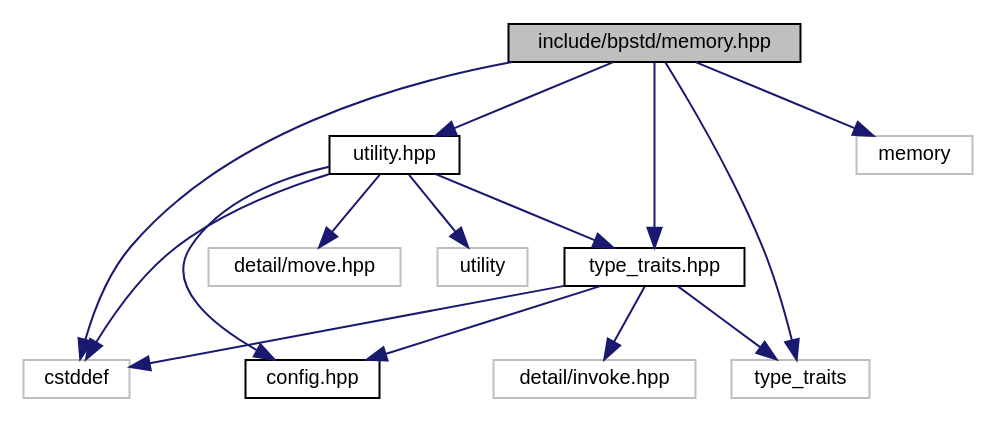
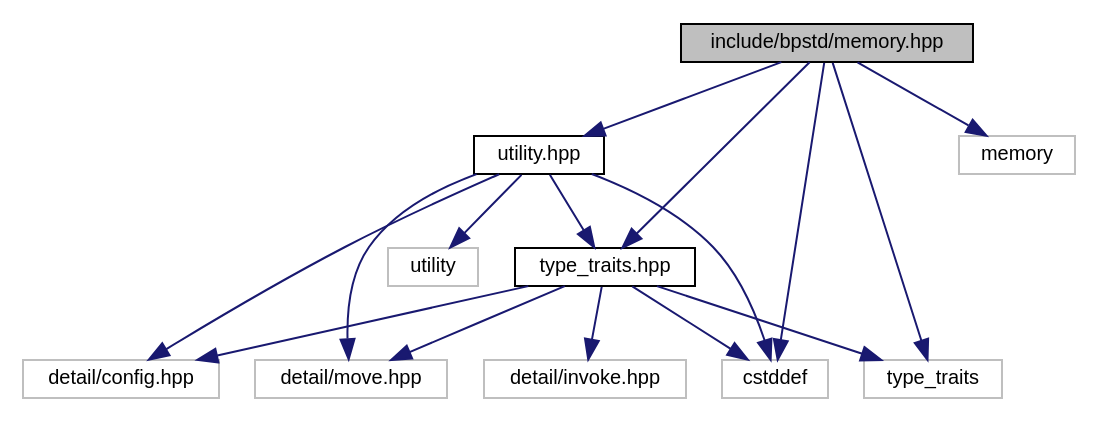
The diagram in api/latest/d1/d55/memory_8hpp__incl.dot (bitwizeshift/BackportCpp), drawn with Graphviz before and after one commit. The commit also changed 67 other files, not shown here.

```diff
--- a/api/latest/d1/d55/memory_8hpp__incl.dot
+++ b/api/latest/d1/d55/memory_8hpp__incl.dot
@@ -1,29 +1,30 @@
 digraph "include/bpstd/memory.hpp"
 {
   edge [fontname="Helvetica",fontsize="10",labelfontname="Helvetica",labelfontsize="10"];
   node [fontname="Helvetica",fontsize="10",shape=record];
   Node0 [label="include/bpstd/memory.hpp",height=0.2,width=0.4,color="black", fillcolor="grey75", style="filled", fontcolor="black"];
   Node0 -> Node1 [color="midnightblue",fontsize="10",style="solid",fontname="Helvetica"];
   Node1 [label="type_traits.hpp",height=0.2,width=0.4,color="black", fillcolor="white", style="filled",URL="$dc/d54/type__traits_8hpp.html",tooltip="This header provides definitions from the C++ header <type_traits> "];
   Node1 -> Node2 [color="midnightblue",fontsize="10",style="solid",fontname="Helvetica"];
-  Node2 [label="config.hpp",height=0.2,width=0.4,color="black", fillcolor="white", style="filled",URL="$d8/dfd/config_8hpp.html",tooltip="This header provides configuration data for the bpstd library. "];
+  Node2 [label="detail/config.hpp",height=0.2,width=0.4,color="grey75", fillcolor="white", style="filled"];
   Node1 -> Node3 [color="midnightblue",fontsize="10",style="solid",fontname="Helvetica"];
-  Node3 [label="detail/invoke.hpp",height=0.2,width=0.4,color="grey75", fillcolor="white", style="filled"];
+  Node3 [label="detail/move.hpp",height=0.2,width=0.4,color="grey75", fillcolor="white", style="filled"];
   Node1 -> Node4 [color="midnightblue",fontsize="10",style="solid",fontname="Helvetica"];
-  Node4 [label="type_traits",height=0.2,width=0.4,color="grey75", fillcolor="white", style="filled"];
+  Node4 [label="detail/invoke.hpp",height=0.2,width=0.4,color="grey75", fillcolor="white", style="filled"];
   Node1 -> Node5 [color="midnightblue",fontsize="10",style="solid",fontname="Helvetica"];
-  Node5 [label="cstddef",height=0.2,width=0.4,color="grey75", fillcolor="white", style="filled"];
-  Node0 -> Node6 [color="midnightblue",fontsize="10",style="solid",fontname="Helvetica"];
-  Node6 [label="utility.hpp",height=0.2,width=0.4,color="black", fillcolor="white", style="filled",URL="$d1/d4e/utility_8hpp.html",tooltip="This header provides definitions from the C++ header <utility> "];
-  Node6 -> Node2 [color="midnightblue",fontsize="10",style="solid",fontname="Helvetica"];
-  Node6 -> Node7 [color="midnightblue",fontsize="10",style="solid",fontname="Helvetica"];
-  Node7 [label="detail/move.hpp",height=0.2,width=0.4,color="grey75", fillcolor="white", style="filled"];
-  Node6 -> Node1 [color="midnightblue",fontsize="10",style="solid",fontname="Helvetica"];
-  Node6 -> Node8 [color="midnightblue",fontsize="10",style="solid",fontname="Helvetica"];
+  Node5 [label="type_traits",height=0.2,width=0.4,color="grey75", fillcolor="white", style="filled"];
+  Node1 -> Node6 [color="midnightblue",fontsize="10",style="solid",fontname="Helvetica"];
+  Node6 [label="cstddef",height=0.2,width=0.4,color="grey75", fillcolor="white", style="filled"];
+  Node0 -> Node7 [color="midnightblue",fontsize="10",style="solid",fontname="Helvetica"];
+  Node7 [label="utility.hpp",height=0.2,width=0.4,color="black", fillcolor="white", style="filled",URL="$d1/d4e/utility_8hpp.html",tooltip="This header provides definitions from the C++ header <utility> "];
+  Node7 -> Node2 [color="midnightblue",fontsize="10",style="solid",fontname="Helvetica"];
+  Node7 -> Node3 [color="midnightblue",fontsize="10",style="solid",fontname="Helvetica"];
+  Node7 -> Node1 [color="midnightblue",fontsize="10",style="solid",fontname="Helvetica"];
+  Node7 -> Node8 [color="midnightblue",fontsize="10",style="solid",fontname="Helvetica"];
   Node8 [label="utility",height=0.2,width=0.4,color="grey75", fillcolor="white", style="filled"];
-  Node6 -> Node5 [color="midnightblue",fontsize="10",style="solid",fontname="Helvetica"];
+  Node7 -> Node6 [color="midnightblue",fontsize="10",style="solid",fontname="Helvetica"];
   Node0 -> Node9 [color="midnightblue",fontsize="10",style="solid",fontname="Helvetica"];
   Node9 [label="memory",height=0.2,width=0.4,color="grey75", fillcolor="white", style="filled"];
+  Node0 -> Node6 [color="midnightblue",fontsize="10",style="solid",fontname="Helvetica"];
   Node0 -> Node5 [color="midnightblue",fontsize="10",style="solid",fontname="Helvetica"];
-  Node0 -> Node4 [color="midnightblue",fontsize="10",style="solid",fontname="Helvetica"];
 }
```
